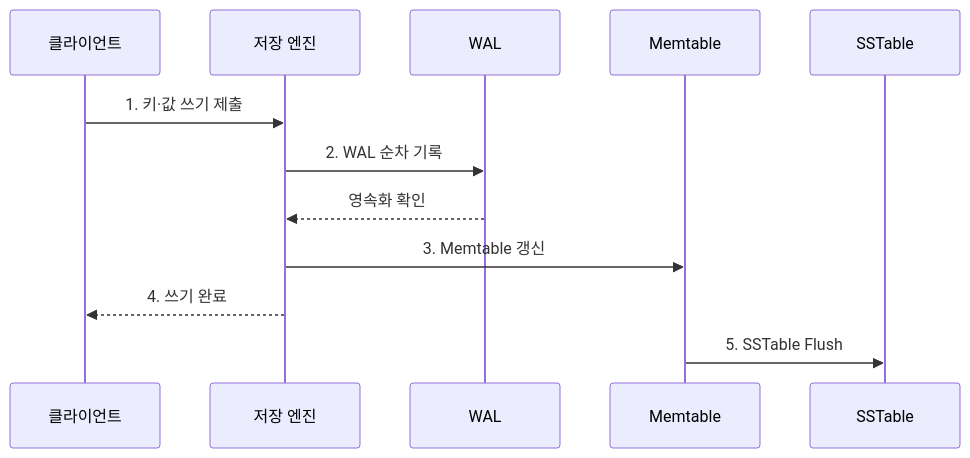
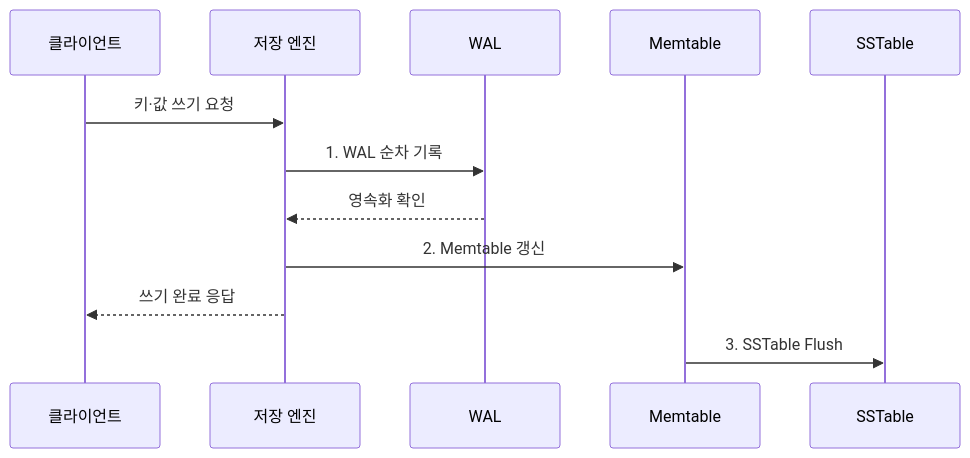
The second of 2 diagrams in src/content/docs/notes/03-software/097_btree_vs_lsm_tree.md (agnusdei1207/knowledge-base), drawn with Mermaid before and after one commit. The commit also changed other lines of this file and 20 other files, not shown here.

````diff
--- a/src/content/docs/notes/03-software/097_btree_vs_lsm_tree.md
+++ b/src/content/docs/notes/03-software/097_btree_vs_lsm_tree.md
@@ -78,14 +91,14 @@
 ```mermaid
 sequenceDiagram
     participant C as 클라이언트
     participant E as 저장 엔진
     participant W as WAL
     participant M as Memtable
     participant S as SSTable
-    C->>E: 1. 키·값 쓰기 제출
-    E->>W: 2. WAL 순차 기록
+    C->>E: 키·값 쓰기 요청
+    E->>W: 1. WAL 순차 기록
     W-->>E: 영속화 확인
-    E->>M: 3. Memtable 갱신
-    E-->>C: 4. 쓰기 완료
-    M->>S: 5. SSTable Flush
+    E->>M: 2. Memtable 갱신
+    E-->>C: 쓰기 완료 응답
+    M->>S: 3. SSTable Flush
 ```
````
